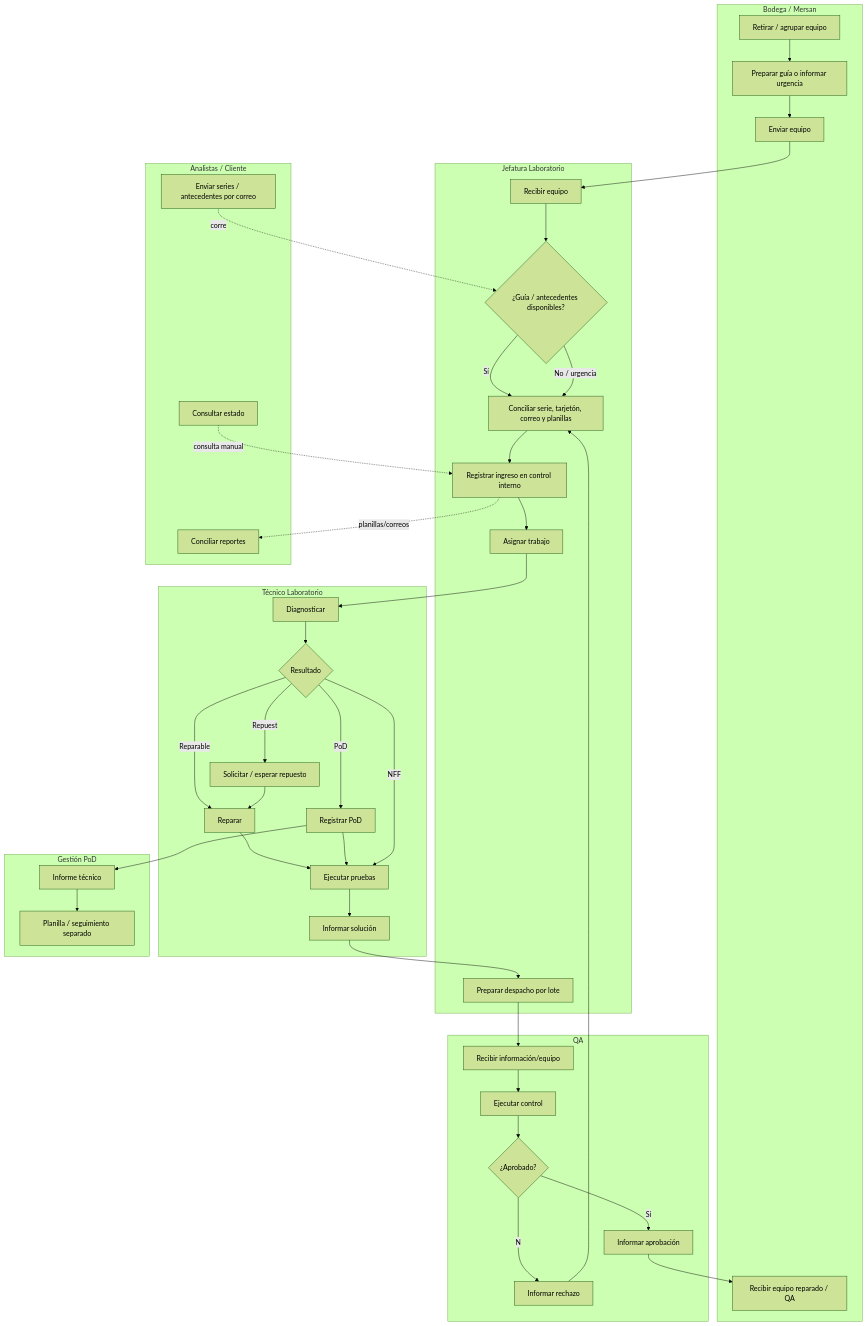
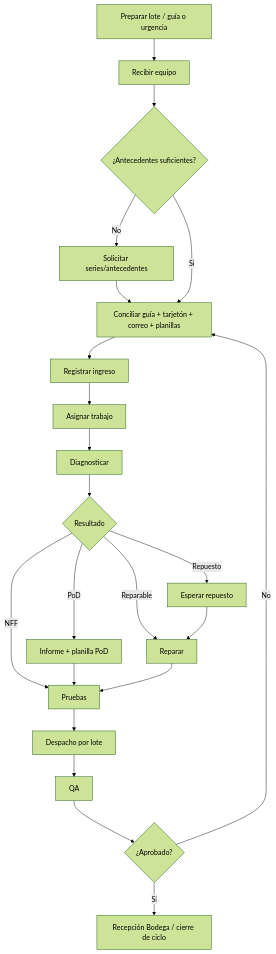
Before and after one commit to RafaOteiza/pmp-suite-capstone: the diagram in Documentacion Capstone/BPMN/BPMN_AS_IS_V2.0.md, drawn with Mermaid (forest theme). The commit also changed other lines of this file and 23 other files, not shown here.

````diff
--- a/Documentacion Capstone/BPMN/BPMN_AS_IS_V2.0.md
+++ b/Documentacion Capstone/BPMN/BPMN_AS_IS_V2.0.md
@@ -23,61 +84,23 @@
 ```mermaid
 flowchart TB
- subgraph B["Bodega / Mersan"]
-   B1[Retirar / agrupar equipo]
-   B2[Preparar guía o informar urgencia]
-   B3[Enviar equipo]
-   B4[Recibir equipo reparado / QA]
- end
- subgraph J["Jefatura Laboratorio"]
-   J1[Recibir equipo]
-   J2{¿Guía / antecedentes disponibles?}
-   J3[Conciliar serie, tarjetón, correo y planillas]
-   J4[Registrar ingreso en control interno]
-   J5[Asignar trabajo]
-   J6[Preparar despacho por lote]
- end
- subgraph T["Técnico Laboratorio"]
-   T1[Diagnosticar]
-   T2{Resultado}
-   T3[Reparar]
-   T4[Solicitar / esperar repuesto]
-   T5[Registrar PoD]
-   T6[Ejecutar pruebas]
-   T7[Informar solución]
- end
- subgraph Q["QA"]
-   Q1[Recibir información/equipo]
-   Q2[Ejecutar control]
-   Q3{¿Aprobado?}
-   Q4[Informar rechazo]
-   Q5[Informar aprobación]
- end
- subgraph A["Analistas / Cliente"]
-   A1[Enviar series / antecedentes por correo]
-   A2[Consultar estado]
-   A3[Conciliar reportes]
- end
- subgraph P["Gestión PoD"]
-   P1[Informe técnico]
-   P2[Planilla / seguimiento separado]
- end
-
- B1-->B2-->B3-->J1
- A1-.correo.->J2
- J1-->J2
- J2--Sí-->J3
- J2--No / urgencia-->J3
- J3-->J4-->J5-->T1
- T1-->T2
- T2--Reparable-->T3-->T6
- T2--Repuesto-->T4-->T3
- T2--PoD-->T5-->P1-->P2
- T5-->T6
- T2--NFF-->T6
- T6-->T7-->J6
- J6-->Q1-->Q2-->Q3
- Q3--No-->Q4-->J3
- Q3--Sí-->Q5-->B4
- A2-.consulta manual.->J4
- J4-.planillas/correos.->A3
+ B[Preparar lote / guía o urgencia] --> J[Recibir equipo]
+ J --> G{¿Antecedentes suficientes?}
+ G -- No --> A[Solicitar series/antecedentes]
+ A --> C[Conciliar guía + tarjetón + correo + planillas]
+ G -- Sí --> C
+ C --> R[Registrar ingreso]
+ R --> AS[Asignar trabajo]
+ AS --> D[Diagnosticar]
+ D --> DG{Resultado}
+ DG -- Reparable --> RP[Reparar]
+ DG -- Repuesto --> ER[Esperar repuesto] --> RP
+ DG -- PoD --> P[Informe + planilla PoD]
+ DG -- NFF --> PR[Pruebas]
+ P --> PR
+ RP --> PR
+ PR --> DS[Despacho por lote]
+ DS --> Q[QA]
+ Q --> QG{¿Aprobado?}
+ QG -- No --> C
+ QG -- Sí --> F[Recepción Bodega / cierre de ciclo]
 ```
````
